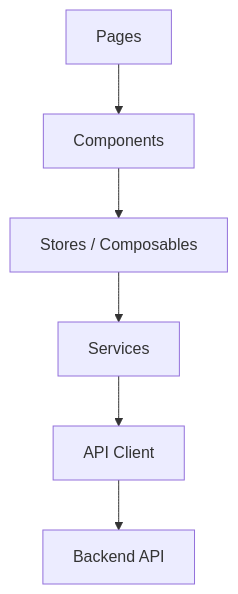
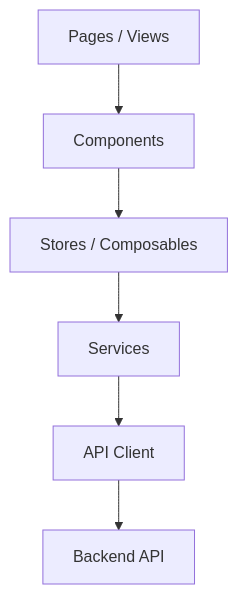
The first of 4 diagrams in frontend/AGENTS.md (mitaloammon/simplyfood_), drawn with Mermaid before and after one commit. The commit also changed other lines of this file and 1 other file, not shown here.

````diff
--- a/frontend/AGENTS.md
+++ b/frontend/AGENTS.md
@@ -24,8 +24,8 @@
 ```mermaid
 flowchart TD
-    A[Pages] --> B[Components]
+    A[Pages / Views] --> B[Components]
     B --> C[Stores / Composables]
     C --> D[Services]
     D --> E[API Client]
     E --> F[Backend API]
 ```
````
